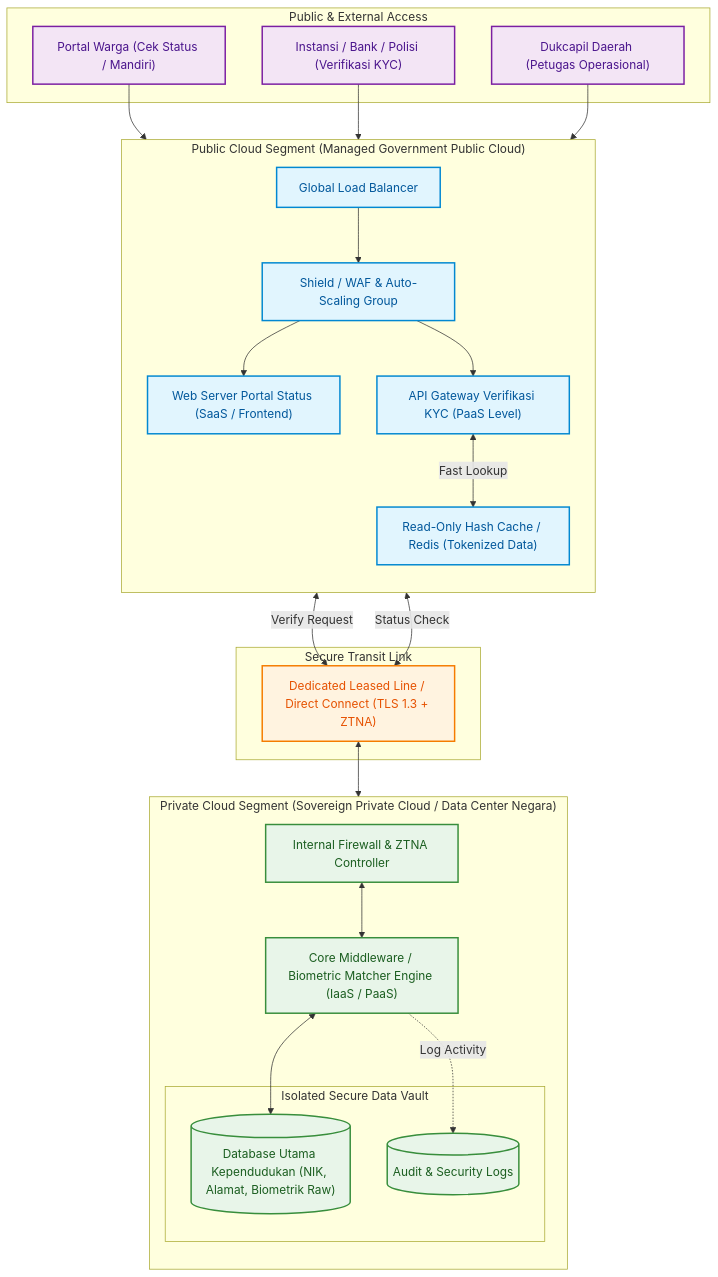
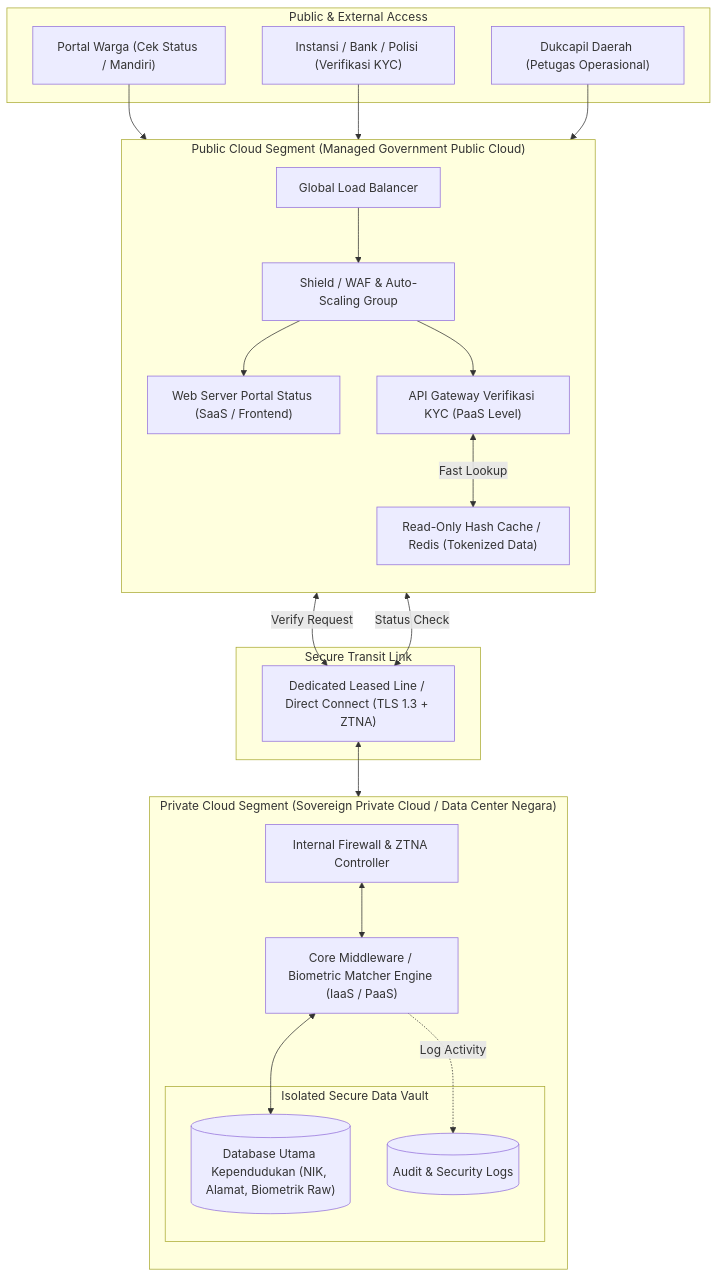
The first of 2 diagrams in tugas-09-cloud-delivery-deployment/ANALISIS-TEMPLATE.md (Habhindra/komputasi-awan-dan-terdistribusi), drawn with Mermaid before and after one commit. The commit also changed other lines of this file, not shown here.

````diff
--- a/tugas-09-cloud-delivery-deployment/ANALISIS-TEMPLATE.md
+++ b/tugas-09-cloud-delivery-deployment/ANALISIS-TEMPLATE.md
@@ -18,60 +18,49 @@
 ```mermaid
 graph TD
     subgraph Clients ["Public & External Access"]
         C1["Portal Warga (Cek Status / Mandiri)"]
         C2["Instansi / Bank / Polisi (Verifikasi KYC)"]
         C3["Dukcapil Daerah (Petugas Operasional)"]
     end
 
     subgraph PublicCloud ["Public Cloud Segment (Managed Government Public Cloud)"]
         direction TB
         LB["Global Load Balancer"]
         WAF["Shield / WAF & Auto-Scaling Group"]
         PortalApp["Web Server Portal Status (SaaS / Frontend)"]
         APIGateway["API Gateway Verifikasi KYC (PaaS Level)"]
         Cache["Read-Only Hash Cache / Redis (Tokenized Data)"]
     end
 
     subgraph Connectivity ["Secure Transit Link"]
         DirectConnect["Dedicated Leased Line / Direct Connect (TLS 1.3 + ZTNA)"]
     end
 
     subgraph PrivateCloud ["Private Cloud Segment (Sovereign Private Cloud / Data Center Negara)"]
         direction TB
         IntFW["Internal Firewall & ZTNA Controller"]
         CoreMiddleware["Core Middleware / Biometric Matcher Engine (IaaS / PaaS)"]
         
         subgraph DataVault ["Isolated Secure Data Vault"]
             PrimaryDB[("Database Utama Kependudukan (NIK, Alamat, Biometrik Raw)")]
             AuditLog[("Audit & Security Logs")]
         end
     end
 
     C1 --> LB
     C2 --> LB
     C3 --> LB
 
     LB --> WAF
     WAF --> PortalApp
     WAF --> APIGateway
 
     APIGateway <-->|Fast Lookup| Cache
     APIGateway <-->|Verify Request| DirectConnect
     PortalApp <-->|Status Check| DirectConnect
 
     DirectConnect <--> IntFW
     IntFW <--> CoreMiddleware
     CoreMiddleware <--> PrimaryDB
     CoreMiddleware -. Log Activity .-> AuditLog
-
-    %% Styling Classes Applied at the End
-    classDef publicLayer fill:#e1f5fe,stroke:#0288d1,stroke-width:2px,color:#01579b;
-    classDef gatewayLayer fill:#fff3e0,stroke:#f57c00,stroke-width:2px,color:#e65100;
-    classDef privateLayer fill:#e8f5e9,stroke:#388e3c,stroke-width:2px,color:#1b5e20;
-    classDef externalClient fill:#f3e5f5,stroke:#7b1fa2,stroke-width:2px,color:#4a148c;
-
-    class C1,C2,C3 externalClient;
-    class LB,WAF,PortalApp,APIGateway,Cache publicLayer;
-    class DirectConnect gatewayLayer;
-    class IntFW,CoreMiddleware,PrimaryDB,AuditLog privateLayer;
 ```
````
